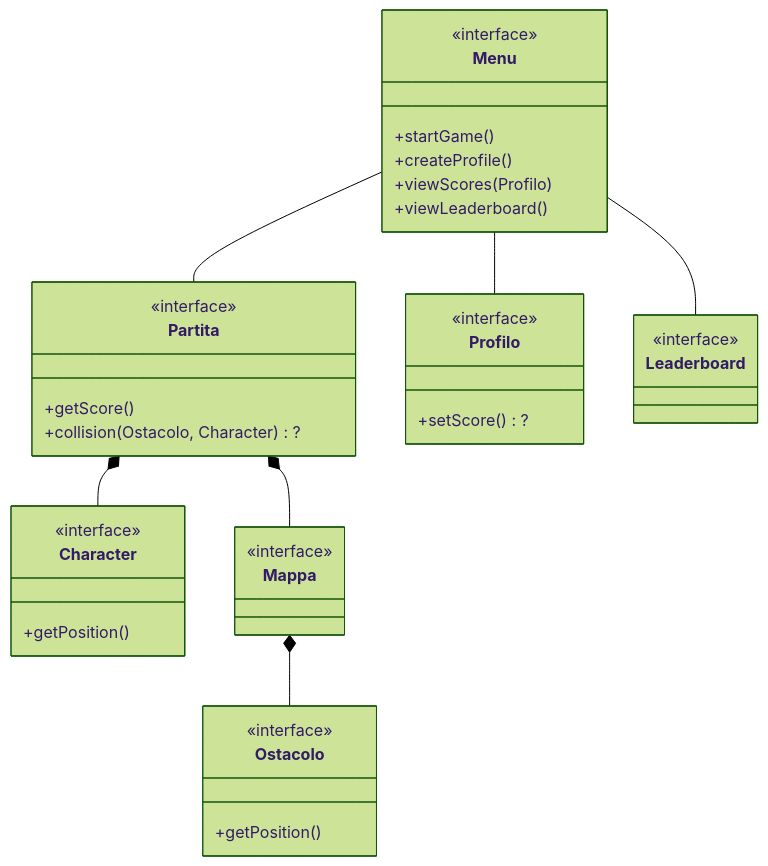
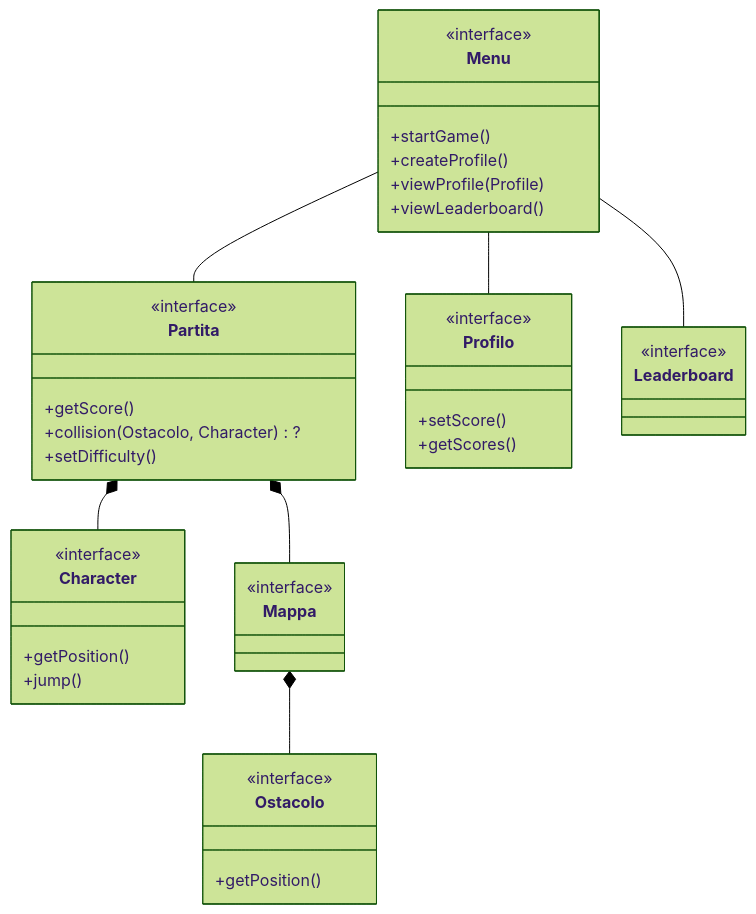
Before and after one commit to alessandroArrighi/pss-prova: the diagram in readme.md, drawn with Mermaid (forest theme).

````diff
--- a/readme.md
+++ b/readme.md
@@ -36,48 +36,51 @@
 ```mermaid
 classDiagram
 
 class Partita {
     +getScore()
     +collision(Ostacolo, Character)?
+    +setDifficulty()
     %% da vedere, se la funzione è corretta
 }
 <<interface>> Partita
 
 class Character {
     +getPosition()
+    +jump()
 }
 <<interface>> Character
 
 %% getOstacoli(): List <Ostacoli>
 class Mappa 
 <<interface>> Mappa
 
 class Ostacolo {
     +getPosition()
 }
 <<interface>> Ostacolo
 
 class Menu {
     +startGame()
     +createProfile()
-    +viewScores(Profilo)
+    +viewProfile(Profile)
     +viewLeaderboard()
 }
 <<interface>> Menu
 
 class Profilo {
-    +setScore()?
+    +setScore()
+    +getScores()
     %% da vedere, se lasciare sottinteso in LB il passaggio dei punteggi
 }
 <<interface>> Profilo
 
 class Leaderboard
 <<interface>> Leaderboard
 
 Menu -- Leaderboard  
 Menu -- Profilo 
 Menu -- Partita
 Partita *-- Character 
 Partita *-- Mappa 
 Mappa *-- Ostacolo
 ```
````
